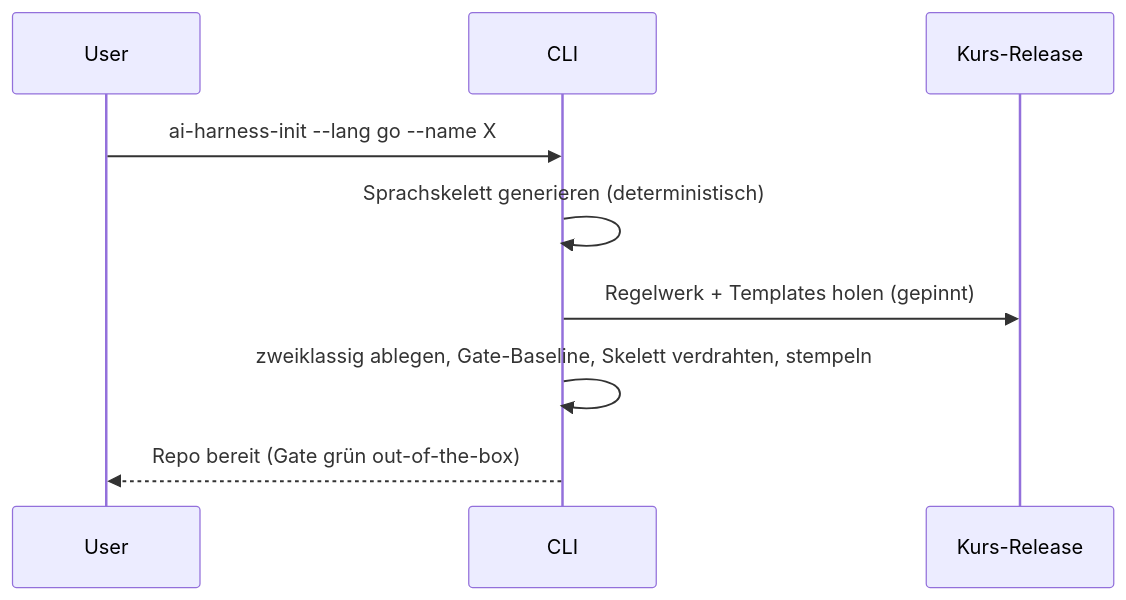
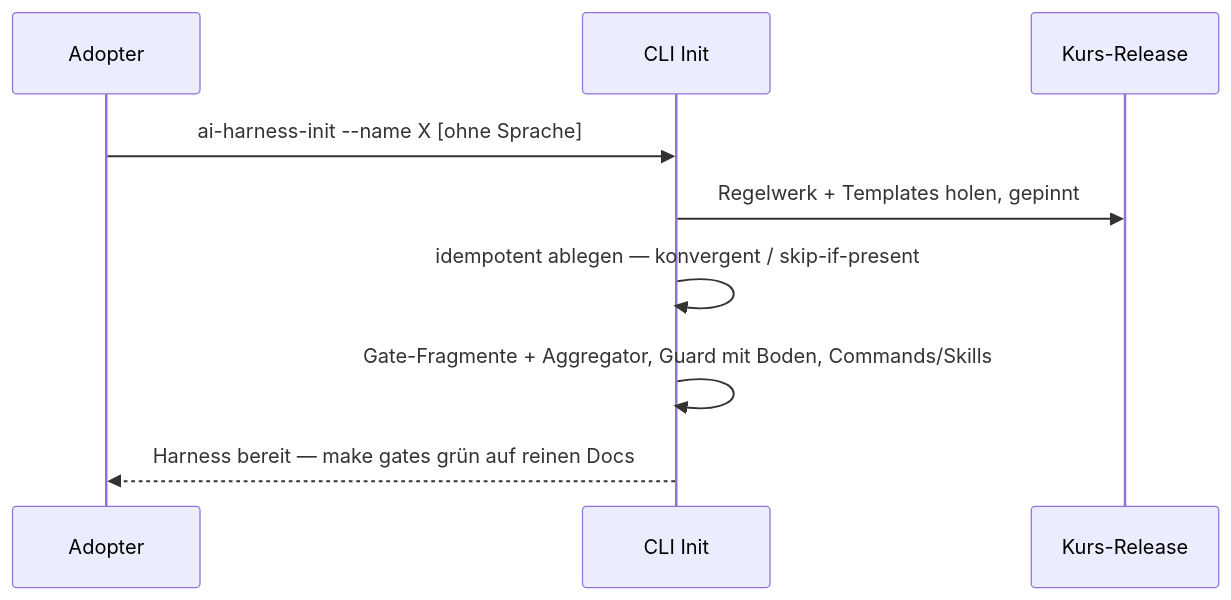
The second of 3 diagrams in spec/architecture.md (pt9912/ai-harness-init), drawn with Mermaid before and after one commit. The commit also changed other lines of this file, not shown here.

First line of the commit message:
spec: architecture.md-Nachzug — Bootstrap-Phasen (ADR-0007)

````diff
--- a/spec/architecture.md
+++ b/spec/architecture.md
@@ -56,11 +80,11 @@
 ```mermaid
 sequenceDiagram
-    participant U as User
-    participant C as CLI
+    participant U as Adopter
+    participant C as CLI Init
     participant R as Kurs-Release
-    U->>C: ai-harness-init --lang go --name X
-    C->>C: Sprachskelett generieren (deterministisch)
-    C->>R: Regelwerk + Templates holen (gepinnt)
-    C->>C: zweiklassig ablegen, Gate-Baseline, Skelett verdrahten, stempeln
-    C-->>U: Repo bereit (Gate grün out-of-the-box)
+    U->>C: ai-harness-init --name X   [ohne Sprache]
+    C->>R: Regelwerk + Templates holen, gepinnt
+    C->>C: idempotent ablegen — konvergent / skip-if-present
+    C->>C: Gate-Fragmente + Aggregator, Guard mit Boden, Commands/Skills
+    C-->>U: Harness bereit — make gates grün auf reinen Docs
 ```
````
